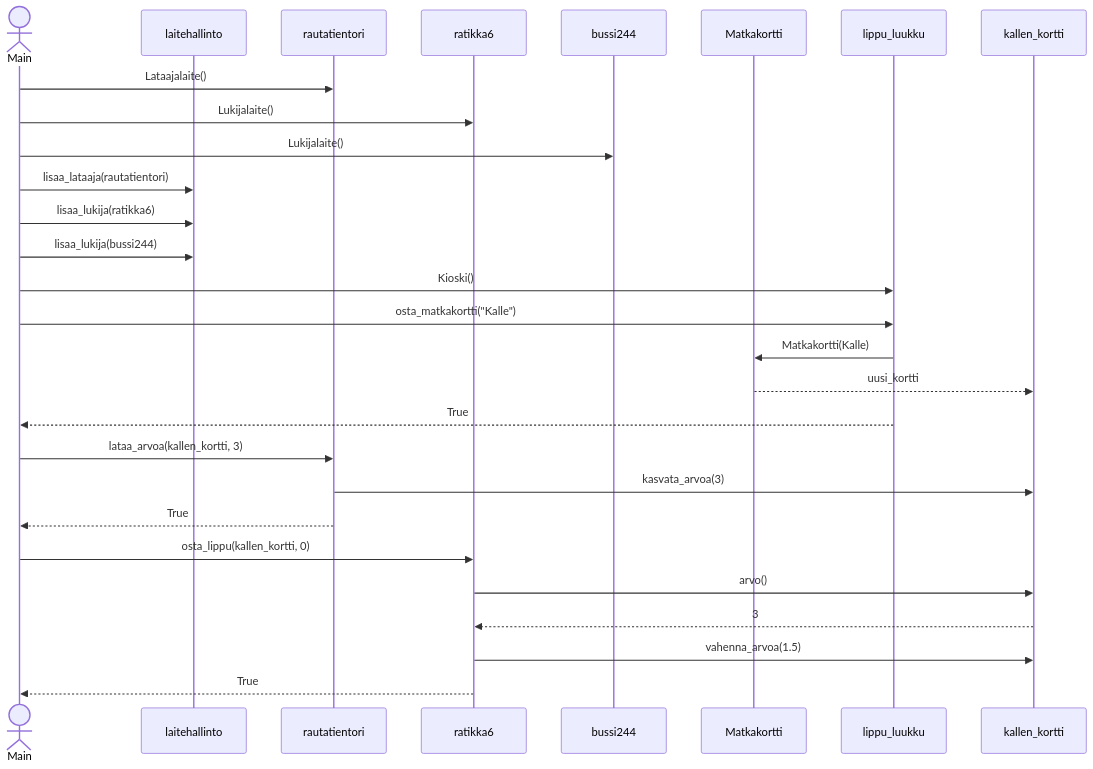
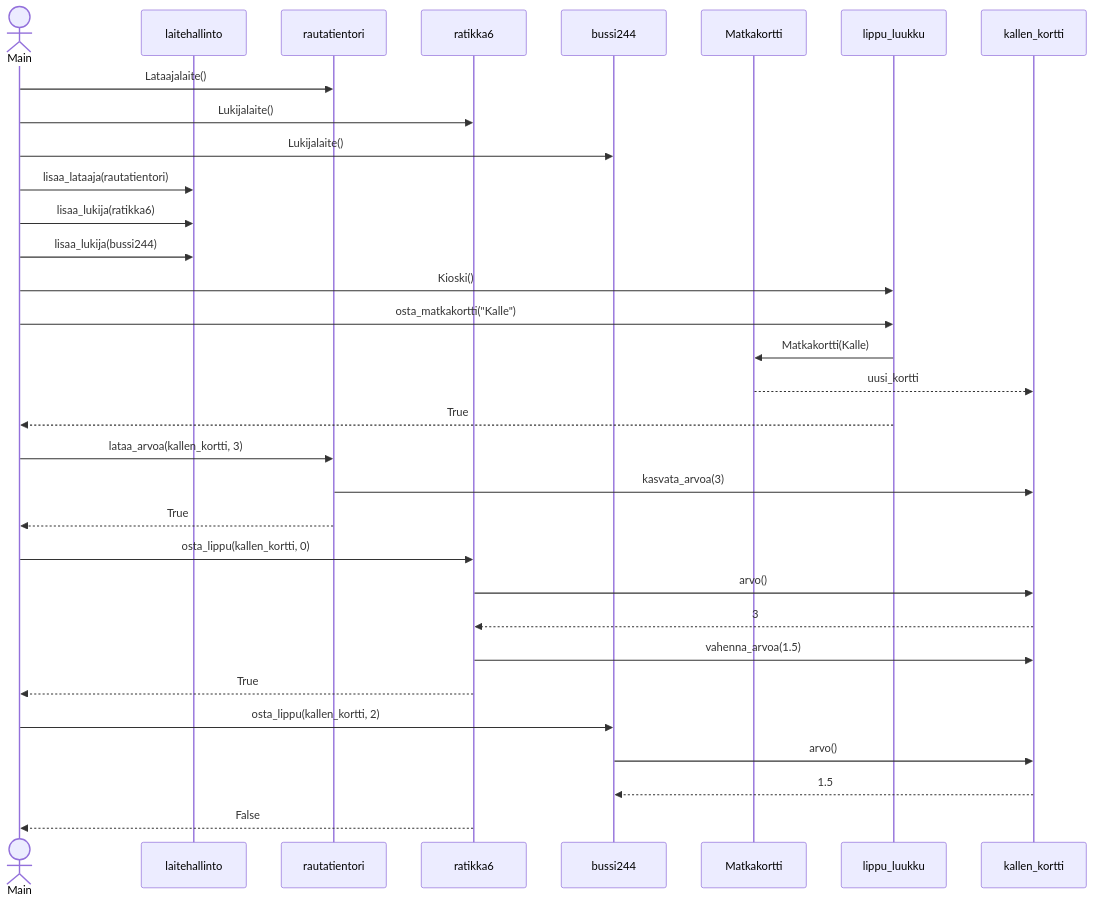
Before and after one commit to Germuu/ot-harjoitusty-: the diagram in laskarit/viikko3/sekvenssikaavio.md, drawn with Mermaid.

````diff
--- a/laskarit/viikko3/sekvenssikaavio.md
+++ b/laskarit/viikko3/sekvenssikaavio.md
@@ -1,41 +1,47 @@
 ```mermaid
 sequenceDiagram
   actor Main
   participant laitehallinto
   participant rautatientori
   participant ratikka6
   participant bussi244
   participant Matkakortti
   
   Main ->> rautatientori : Lataajalaite()
   Main ->> ratikka6: Lukijalaite()
   Main ->> bussi244: Lukijalaite()
 
   Main ->> laitehallinto : lisaa_lataaja(rautatientori)
   Main ->> laitehallinto : lisaa_lukija(ratikka6)
   Main ->> laitehallinto : lisaa_lukija(bussi244)
 
   Main ->> lippu_luukku : Kioski()
   Main ->> lippu_luukku : osta_matkakortti("Kalle")
   lippu_luukku ->> Matkakortti : Matkakortti(Kalle)
   Matkakortti -->> kallen_kortti : uusi_kortti
   lippu_luukku -->> Main : True
 
   Main ->> rautatientori : lataa_arvoa(kallen_kortti, 3)
   rautatientori ->> kallen_kortti : kasvata_arvoa(3)
   rautatientori -->> Main : True
 
   Main ->> ratikka6 : osta_lippu(kallen_kortti, 0)
   ratikka6 ->> kallen_kortti : arvo()
   kallen_kortti -->> ratikka6 : 3
   ratikka6 ->> kallen_kortti : vahenna_arvoa(1.5)
   ratikka6 -->> Main : True
+
+  Main ->> bussi244 : osta_lippu(kallen_kortti, 2)
+  bussi244 ->> kallen_kortti : arvo()
+  kallen_kortti -->> bussi244 : 1.5
+  ratikka6 -->> Main : False
+  
   
   
   
 
   
   
 
  
 ```
````
